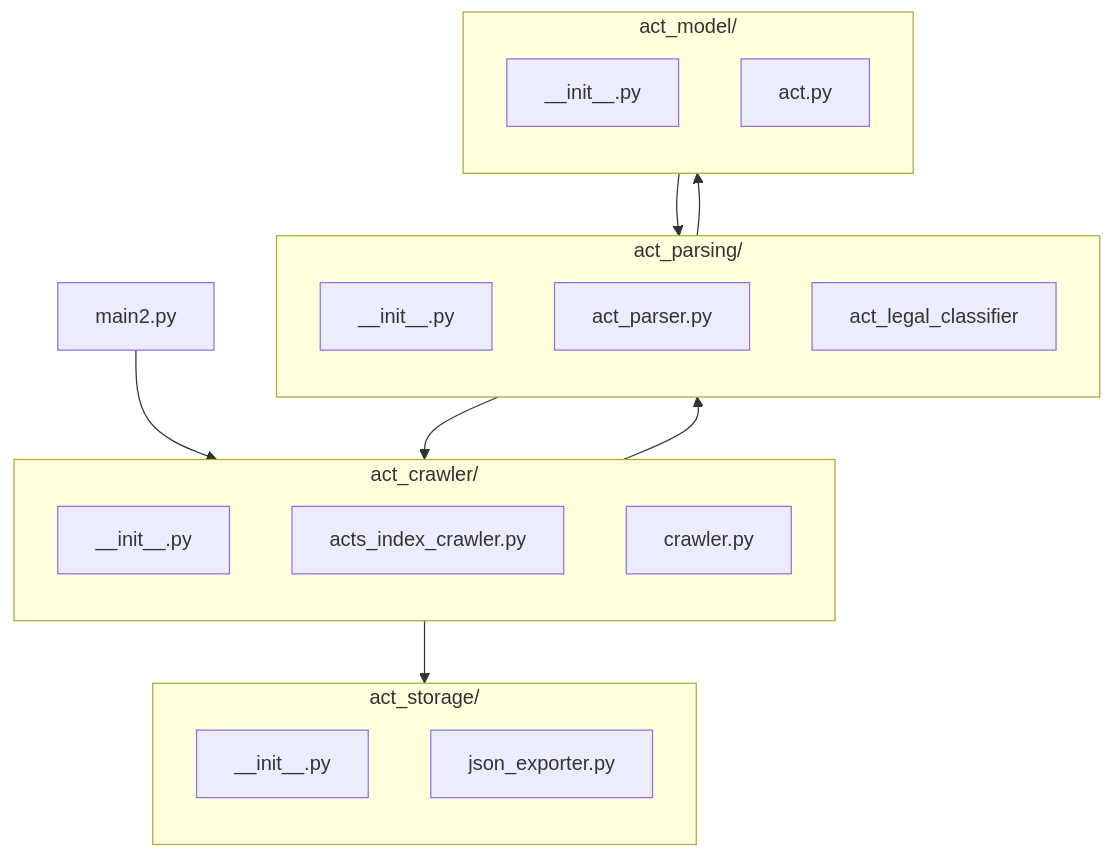
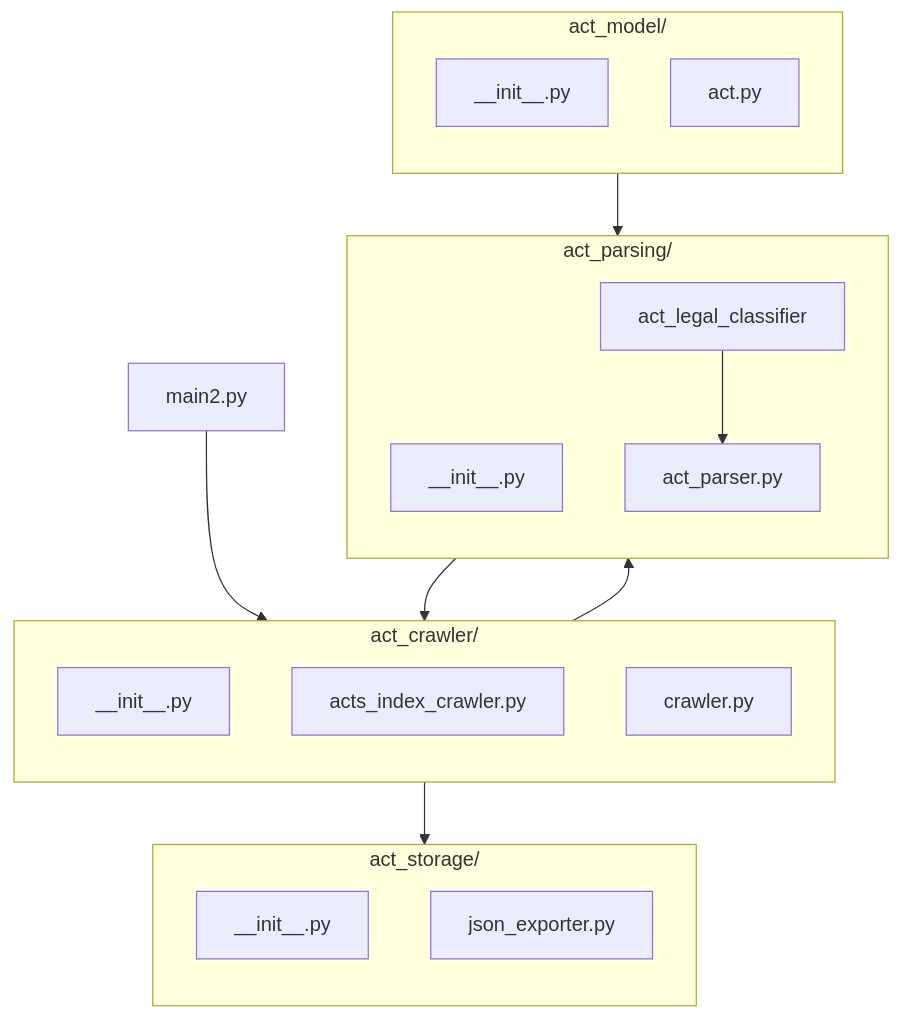
The second of 2 diagrams in README.md (royonzioki/engineering-challenge), drawn with Mermaid before and after one commit.

Commit message:
Mermaid edit

````diff
--- a/README.md
+++ b/README.md
@@ -159,43 +159,43 @@
 ```mermaid
 flowchart TD
     %% Main entry point
     main[main2.py]
 
     %% Act Index Crawler
     subgraph crawler_folder[act_crawler/]
         direction TB
         act_crawler_init[__init__.py]
         acts_index_crawler[acts_index_crawler.py]
         crawler[crawler.py]
     end
 
     %% Parser
     subgraph parser_folder[act_parsing/]
         direction TB
         act_parsing_init[__init__.py]
         act_parser[act_parser.py]
         act_legal_classifier[act_legal_classifier]
     end
 
     %% Model
     subgraph models_folder[act_model/]
         direction TB
         act_model_init[__init__.py]
         act[act.py]
     end
 
     %% Exporter
     subgraph exporters_folder[act_storage/]
         direction TB
         act_storage_init[__init__.py]
         json_exporter[json_exporter.py]
     end
 
     %% Data flow arrows
     main --> acts_index_crawler
     acts_index_crawler --> act_legal_classifier
-    act_legal_classifier --> act
+    act_legal_classifier --> act_parser
     act --> act_parser
     act_parser --> crawler
     crawler --> json_exporter
    ```
````
